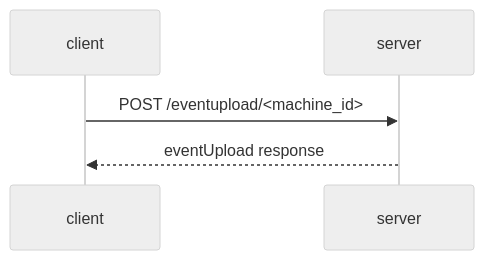
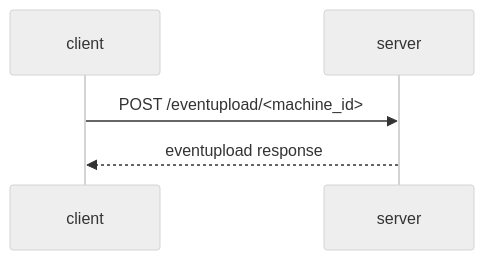
The third of 4 diagrams in docs/development/sync-protocol.md (pmarkowsky/santa), drawn with Mermaid (neutral theme) before and after one commit. The commit also changed other lines of this file, not shown here.

````diff
--- a/docs/development/sync-protocol.md
+++ b/docs/development/sync-protocol.md
@@ -162,5 +165,5 @@
 ```mermaid
 sequenceDiagram
    client ->> server: POST /eventupload/<machine_id>
-   server -->> client: eventUpload response
+   server -->> client: eventupload response
 ```
````
